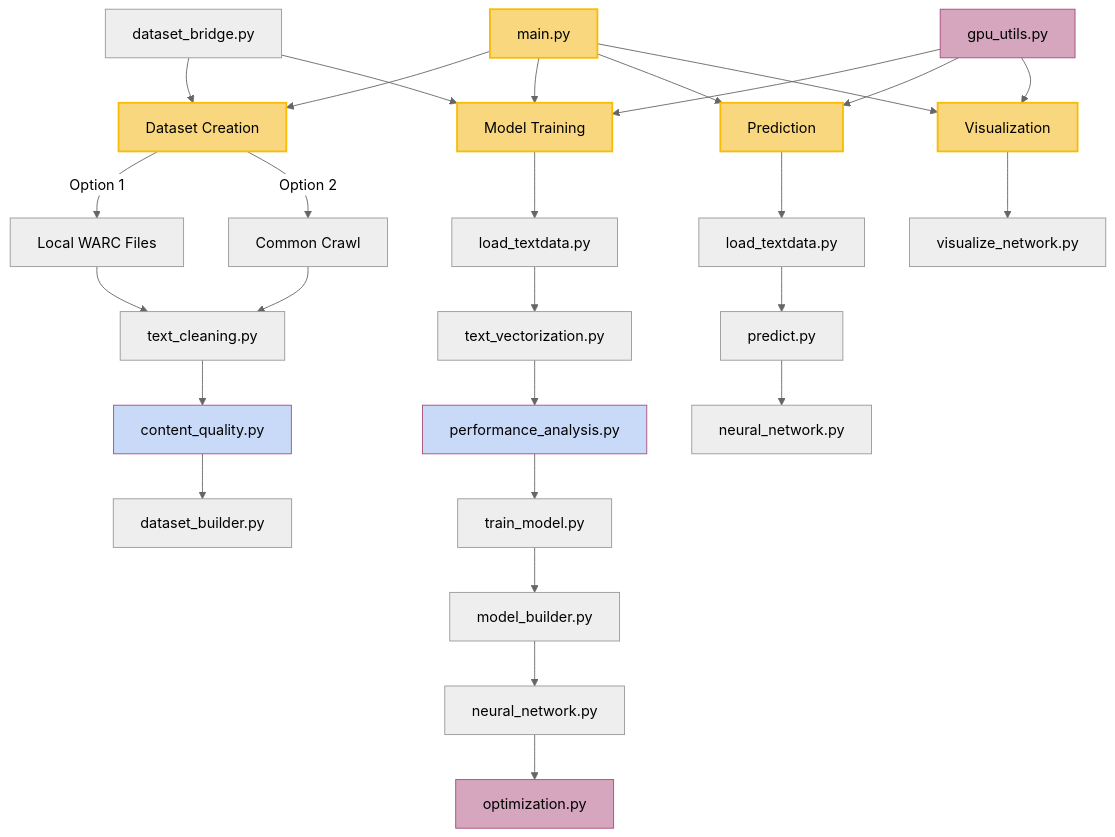
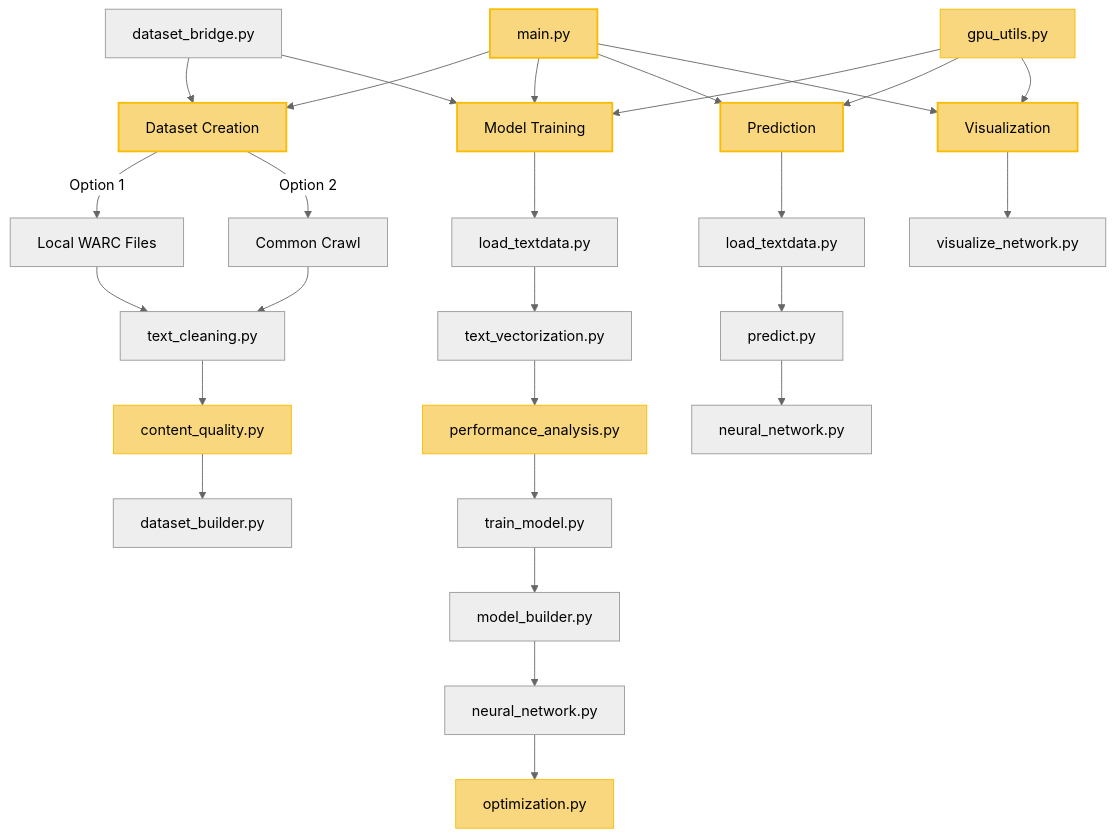
One commit to Ethan-LWT/NLP_project changed the diagram in README.md. Above: the diagram before and after it, drawn with Mermaid (neutral theme).

Commit message:
Update the font style

````diff
--- a/README.md
+++ b/README.md
@@ -388,53 +388,53 @@
 ```mermaid
 graph TD
     %% Main Entry Points
     A[main.py] --> B1[Dataset Creation]
     A --> B2[Model Training]
     A --> B3[Prediction]
     A --> B4[Visualization]
     
     %% Dataset Creation Path
     B1 --> |Option 1| C1[Local WARC Files]
     B1 --> |Option 2| C2[Common Crawl]
     C1 --> D1[text_cleaning.py]
     C2 --> D1
     D1 --> E1[content_quality.py]
     E1 --> F1[dataset_builder.py]
     
     %% Model Training Path
     B2 --> C3[load_textdata.py]
     C3 --> D2[text_vectorization.py]
     D2 --> E2[performance_analysis.py]
     E2 --> F2[train_model.py]
     F2 --> G1[model_builder.py]
     G1 --> H1[neural_network.py]
     H1 --> I1[optimization.py]
     
     %% Prediction Path
     B3 --> C4[load_textdata.py]
     C4 --> D3[predict.py]
     D3 --> E3[neural_network.py]
     
     %% Visualization Path
     B4 --> C5[visualize_network.py]
     
     %% GPU Utilities
     J[gpu_utils.py] --> B2
     J --> B3
     J --> B4
     
     %% Dataset Bridge
     K[dataset_bridge.py] --> B1
     K --> B2
     
     %% Feature Highlights
     style A fill:#f9d77e,stroke:#f9bc02,stroke-width:2px
     style B1 fill:#f9d77e,stroke:#f9bc02,stroke-width:2px
     style B2 fill:#f9d77e,stroke:#f9bc02,stroke-width:2px
     style B3 fill:#f9d77e,stroke:#f9bc02,stroke-width:2px
     style B4 fill:#f9d77e,stroke:#f9bc02,stroke-width:2px
-    style E1 fill:#c9daf8,stroke:#a64d79,stroke-width:1px
-    style E2 fill:#c9daf8,stroke:#a64d79,stroke-width:1px
-    style I1 fill:#d5a6bd,stroke:#a64d79,stroke-width:1px
-    style J fill:#d5a6bd,stroke:#a64d79,stroke-width:1px
+    style E1 fill:#f9d77e,stroke:#f9bc02,stroke-width:1px
+    style E2 fill:#f9d77e,stroke:#f9bc02,stroke-width:1px
+    style I1 fill:#f9d77e,stroke:#f9bc02,stroke-width:1px
+    style J fill:#f9d77e,stroke:#f9bc02,stroke-width:1px
 ```
````
